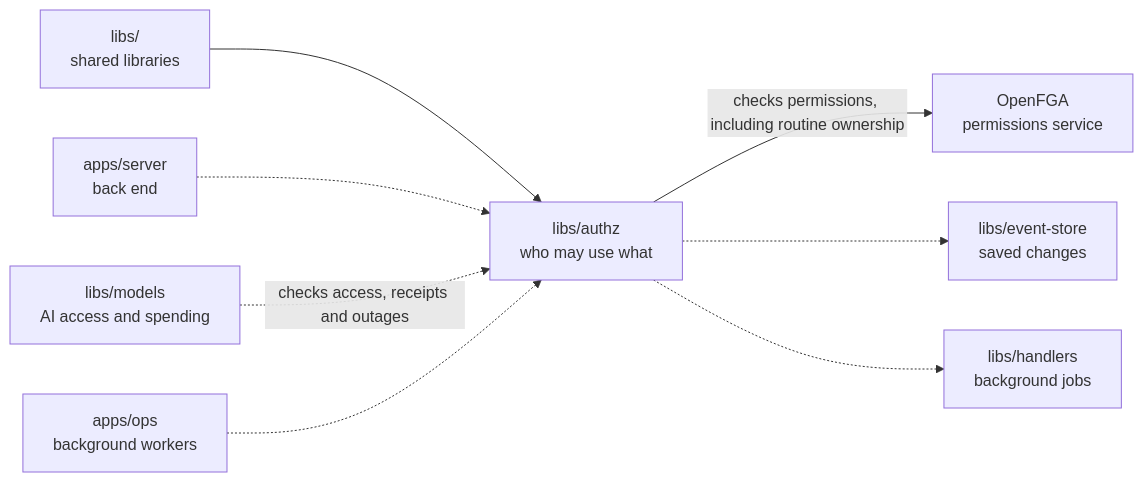
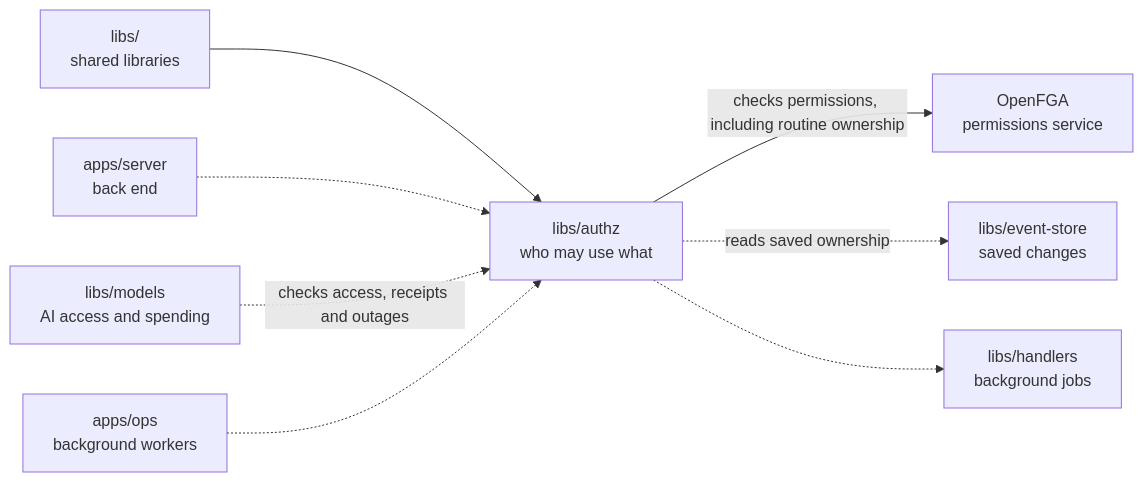
Before and after one commit to elewa-git/opencrane-new: the diagram in libs/authz/README.md, drawn with Mermaid. The commit also changed other lines of this file and 6 other files, not shown here.

````diff
--- a/libs/authz/README.md
+++ b/libs/authz/README.md
@@ -20,10 +20,10 @@
 ```mermaid
 flowchart LR
   parent["libs/<br/>shared libraries"] --> authz["libs/authz<br/>who may use what"]
   server["apps/server<br/>back end"] -.-> authz
   models["libs/models<br/>AI access and spending"] -.->|checks access, receipts and outages| authz
   ops["apps/ops<br/>background workers"] -.-> authz
   authz -->|checks permissions, including routine ownership| fga["OpenFGA<br/>permissions service"]
-  authz -.-> store["libs/event-store<br/>saved changes"]
+  authz -.->|reads saved ownership| store["libs/event-store<br/>saved changes"]
   authz -.-> handlers["libs/handlers<br/>background jobs"]
 ```
````
